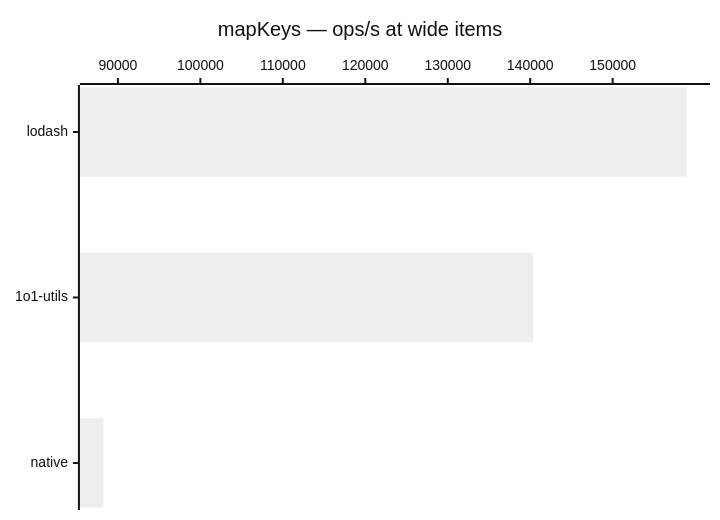
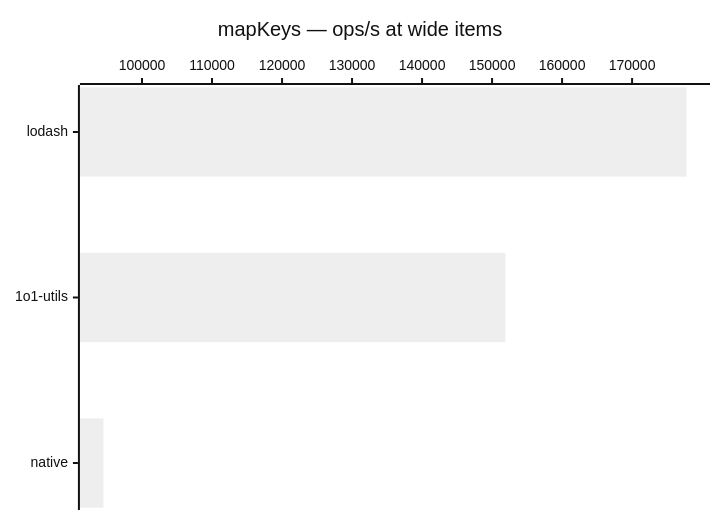
Before and after one commit to pedrotroccoli/1o1-utils: the diagram in docs/benchmarks/map-keys.md, drawn with Mermaid (neutral theme). The commit also changed other lines of this file and 5 other files, not shown here.

````diff
--- a/docs/benchmarks/map-keys.md
+++ b/docs/benchmarks/map-keys.md
@@ -14,6 +14,6 @@
 ```mermaid
 xychart-beta horizontal
   title "mapKeys — ops/s at wide items"
   x-axis ["lodash", "1o1-utils", "native"]
-  bar [158957, 140351, 88238]
+  bar [177778, 151906, 94482]
 ```
````
